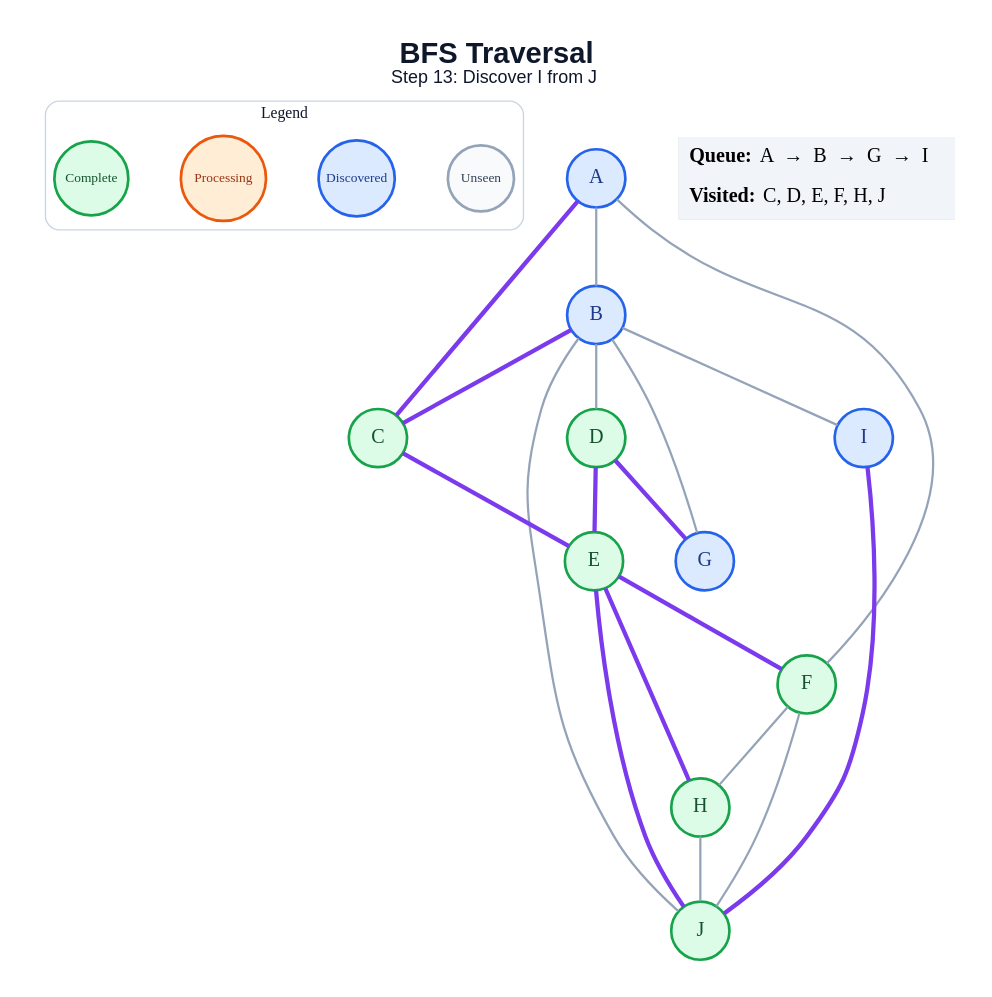
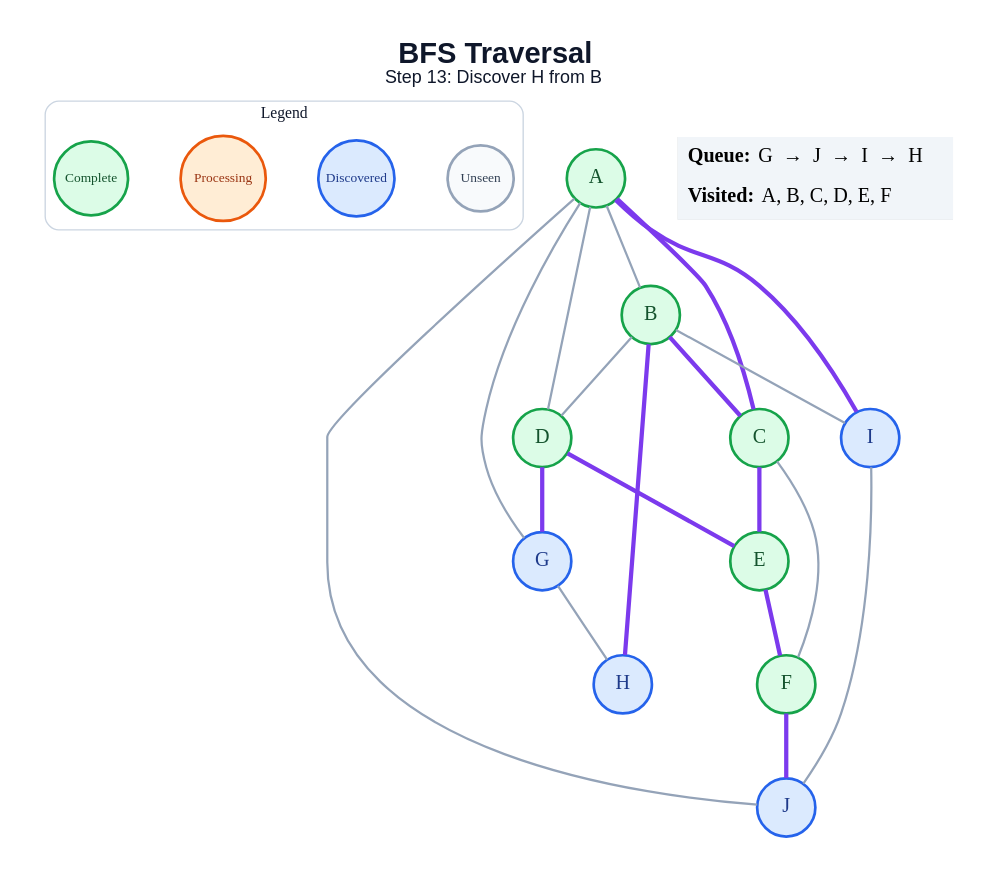
One commit to amanghodawala9/ai-slop changed the diagram in generated/specific-node/bfs/step_13.dot. Above: the diagram before and after it, drawn with Graphviz. The commit also changed 178 other files, not shown here.

```diff
--- a/generated/specific-node/bfs/step_13.dot
+++ b/generated/specific-node/bfs/step_13.dot
@@ -1,47 +1,47 @@
 graph traversal {
   graph [layout=dot, rankdir=TB, bgcolor="#FFFFFF", pad="0.35", nodesep="0.65", ranksep="0.8", fontname="Arial"];
   node [shape=circle, style="filled", fontname="Arial Bold", fontsize=18, width=0.72, fixedsize=true, penwidth=2.4];
   edge [color="#94A3B8", penwidth=2.0];
-  label=<<B>BFS Traversal</B><BR/><FONT POINT-SIZE="16">Step 13: Discover I from J</FONT>>; labelloc="t"; fontsize=26; fontname="Arial"; fontcolor="#0F172A";
+  label=<<B>BFS Traversal</B><BR/><FONT POINT-SIZE="16">Step 13: Discover H from B</FONT>>; labelloc="t"; fontsize=26; fontname="Arial"; fontcolor="#0F172A";
   subgraph cluster_legend { label="Legend"; color="#CBD5E1"; penwidth=1.2; style="rounded"; fontsize=14; fontname="Arial Bold";
     key_unseen [label="Unseen", fillcolor="#F8FAFC", color="#94A3B8", fontcolor="#334155", fontsize=12, width=0.82];
     key_frontier [label="Discovered", fillcolor="#DBEAFE", color="#2563EB", fontcolor="#1E3A8A", fontsize=12, width=0.95];
     key_current [label="Processing", fillcolor="#FFEDD5", color="#EA580C", fontcolor="#9A3412", fontsize=12, width=1.05];
     key_done [label="Complete", fillcolor="#DCFCE7", color="#16A34A", fontcolor="#14532D", fontsize=12, width=0.92];
     { rank=same; key_unseen; key_frontier; key_current; key_done; }
   }
-  A [fillcolor="#DBEAFE", color="#2563EB", fontcolor="#1E3A8A"];
-  B [fillcolor="#DBEAFE", color="#2563EB", fontcolor="#1E3A8A"];
+  A [fillcolor="#DCFCE7", color="#16A34A", fontcolor="#14532D"];
+  B [fillcolor="#DCFCE7", color="#16A34A", fontcolor="#14532D"];
   C [fillcolor="#DCFCE7", color="#16A34A", fontcolor="#14532D"];
   D [fillcolor="#DCFCE7", color="#16A34A", fontcolor="#14532D"];
   E [fillcolor="#DCFCE7", color="#16A34A", fontcolor="#14532D"];
   F [fillcolor="#DCFCE7", color="#16A34A", fontcolor="#14532D"];
   G [fillcolor="#DBEAFE", color="#2563EB", fontcolor="#1E3A8A"];
-  H [fillcolor="#DCFCE7", color="#16A34A", fontcolor="#14532D"];
+  H [fillcolor="#DBEAFE", color="#2563EB", fontcolor="#1E3A8A"];
   I [fillcolor="#DBEAFE", color="#2563EB", fontcolor="#1E3A8A"];
-  J [fillcolor="#DCFCE7", color="#16A34A", fontcolor="#14532D"];
+  J [fillcolor="#DBEAFE", color="#2563EB", fontcolor="#1E3A8A"];
   A -- B;
   A -- C [color="#7C3AED", penwidth=3.8];
-  A -- F;
+  A -- D;
+  A -- G;
+  A -- I [color="#7C3AED", penwidth=3.8];
+  A -- J;
   B -- C [color="#7C3AED", penwidth=3.8];
   B -- D;
-  B -- G;
+  B -- H [color="#7C3AED", penwidth=3.8];
   B -- I;
-  B -- J;
   C -- E [color="#7C3AED", penwidth=3.8];
+  C -- F;
   D -- E [color="#7C3AED", penwidth=3.8];
   D -- G [color="#7C3AED", penwidth=3.8];
   E -- F [color="#7C3AED", penwidth=3.8];
-  E -- H [color="#7C3AED", penwidth=3.8];
-  E -- J [color="#7C3AED", penwidth=3.8];
-  F -- H;
-  F -- J;
-  H -- J;
-  I -- J [color="#7C3AED", penwidth=3.8];
+  F -- J [color="#7C3AED", penwidth=3.8];
+  G -- H;
+  I -- J;
   status [shape=plain, fixedsize=false, width=0, height=0, margin=0, label=<
     <TABLE BORDER="0" CELLBORDER="0" CELLPADDING="7" BGCOLOR="#F1F5F9">
-      <TR><TD ALIGN="LEFT"><B>Queue:</B> A  →  B  →  G  →  I</TD></TR>
-      <TR><TD ALIGN="LEFT"><B>Visited:</B> C, D, E, F, H, J</TD></TR>
+      <TR><TD ALIGN="LEFT"><B>Queue:</B> G  →  J  →  I  →  H</TD></TR>
+      <TR><TD ALIGN="LEFT"><B>Visited:</B> A, B, C, D, E, F</TD></TR>
     </TABLE>
   >];
 }
```
